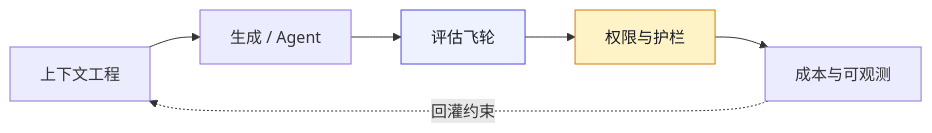
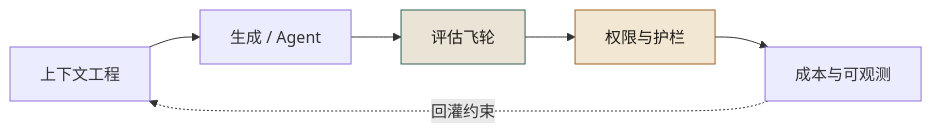
One commit to funny8kids/AI_Native_Software_Engineering changed the first of 2 diagrams in docs/manuscript/ch41-附录J-AI系统工程.md. Above: the diagram before and after it, drawn with Mermaid. The commit also changed other lines of this file and 81 other files, not shown here.

````diff
--- a/docs/manuscript/ch41-附录J-AI系统工程.md
+++ b/docs/manuscript/ch41-附录J-AI系统工程.md
@@ -10,10 +10,10 @@
 ```mermaid
 flowchart LR
   CTX[上下文工程] --> GEN[生成 / Agent]
   GEN --> EVAL[评估飞轮]
   EVAL --> GUARD[权限与护栏]
   GUARD --> OBS[成本与可观测]
   OBS -.回灌约束.-> CTX
-  style EVAL fill:#eef2ff,stroke:#4f46e5,color:#1a1d23
-  style GUARD fill:#fef3c7,stroke:#d97706,color:#1a1d23
+  style EVAL fill:#eae4d6,stroke:#2f6154,color:#1e1c19
+  style GUARD fill:#f2e7d3,stroke:#9d6127,color:#1e1c19
 ```
````
